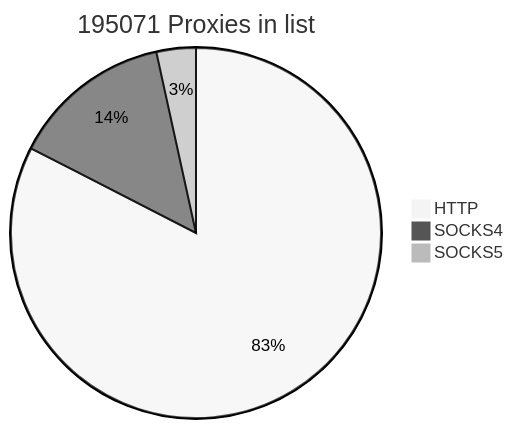
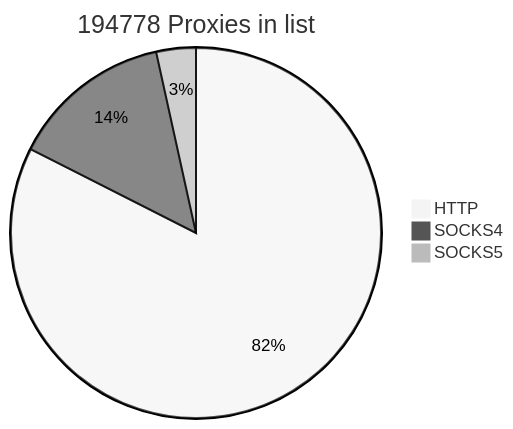
The first of 2 diagrams in README.md (cutipu/proxylist), drawn with Mermaid (neutral theme) before and after one commit. The commit also changed other lines of this file, not shown here.

````diff
--- a/README.md
+++ b/README.md
@@ -2,7 +2,7 @@
 ```mermaid
-pie title 195071 Proxies in list
-    "HTTP" : 161025
-    "SOCKS4" : 27342
-    "SOCKS5" : 6704
+pie title 194778 Proxies in list
+    "HTTP" : 160635
+    "SOCKS4" : 27418
+    "SOCKS5" : 6725
             
 ```
````
